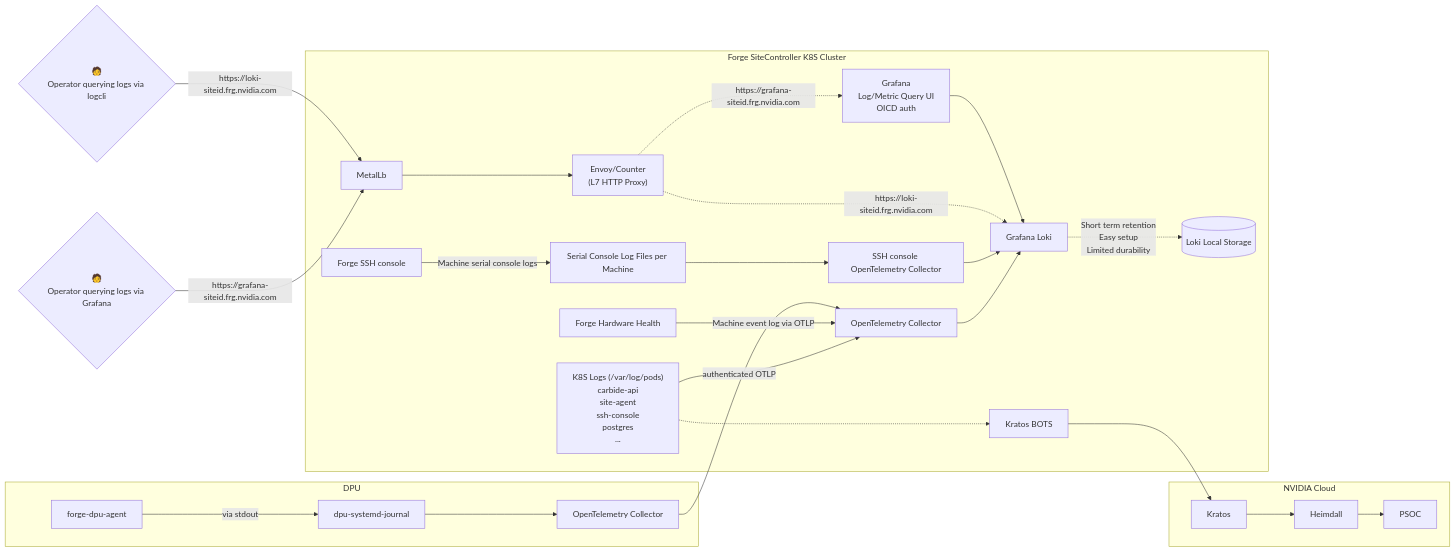
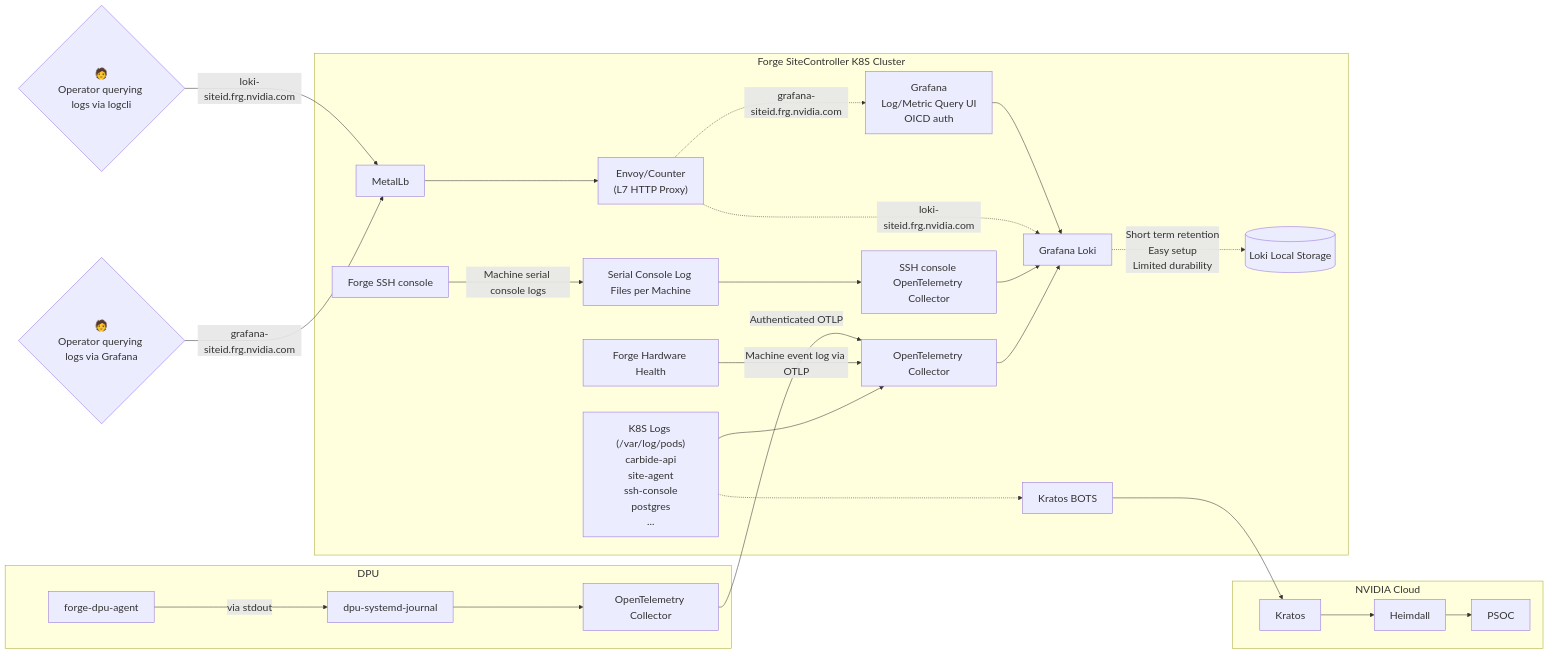
One commit to NVIDIA/bare-metal-manager-core changed the diagram in book/src/observability/site_logs.md. Above: the diagram before and after it, drawn with Mermaid. The commit also changed other lines of this file and 39 other files, not shown here.

````diff
--- a/book/src/observability/site_logs.md
+++ b/book/src/observability/site_logs.md
@@ -33,36 +33,36 @@
 ```mermaid
+%%{init: {'themeVariables': { 'fontSize': '20px' }}}%%
 flowchart LR
     subgraph NVIDIA Cloud
         Kratos --> Heimdall
         Heimdall --> PSOC
     end
 
     subgraph Forge SiteController K8S Cluster
-        K["K8S Logs (/var/log/pods)\ncarbide-api\nsite-agent\nssh-console\npostgres\n..."] --> OTELC["OpenTelemetry Collector"]
+        K["K8S Logs (/var/log/pods)<br>carbide-api<br>site-agent<br>ssh-console<br>postgres<br>..."] --> OTELC["OpenTelemetry Collector"]
         OTELC --> Loki["Grafana Loki"]
         SSHC["Forge SSH console"] -- Machine serial console logs --> SSHLF["Serial Console Log Files per Machine"]
         SSHLF --> SSHCOTELC["SSH console OpenTelemetry Collector"]
         SSHCOTELC --> Loki
         HHH["Forge Hardware Health"] -- Machine event log via OTLP --> OTELC
 
-        Loki -. Short term retention\nEasy setup\nLimited durability .-> LokiLs[(Loki Local Storage)]
+        Loki -. Short term retention<br>Easy setup<br>Limited durability .-> LokiLs[(Loki Local Storage)]
 
-        MetalLb --> SiteEnvoy["Envoy/Counter\n(L7 HTTP Proxy)"]
-        SiteEnvoy -. "https://grafana-siteid.frg.nvidia.com" .-> SiteGrafana[Grafana\nLog/Metric Query UI\nOICD auth]
-        SiteEnvoy -. "https://loki-siteid.frg.nvidia.com" .-> Loki
+        MetalLb --> SiteEnvoy["Envoy/Counter<br>(L7 HTTP Proxy)"]
+        SiteEnvoy -. "grafana-siteid.frg.nvidia.com" .-> SiteGrafana[Grafana<br>Log/Metric Query UI<br>OICD auth]
+        SiteEnvoy -. "loki-siteid.frg.nvidia.com" .-> Loki
         SiteGrafana --> Loki
 
         K -..-> KBOTS["Kratos BOTS"]
         KBOTS --> Kratos
     end
 
     subgraph DPU
         DPUAGENT["forge-dpu-agent"] -- via stdout --> dpu-systemd-journal
         dpu-systemd-journal --> DPUOTELC["OpenTelemetry Collector"]
-        DPUOTELC -- authenticated OTLP --> OTELC
-    end    
+        DPUOTELC -- Authenticated OTLP --> OTELC
+    end
 
-    LV{"🧑\nOperator querying logs via Grafana"} -- https://grafana-siteid.frg.nvidia.com  --> MetalLb
-
-    LV2{"🧑\nOperator querying logs via logcli"} -- https://loki-siteid.frg.nvidia.com  --> MetalLb
+    LV{"🧑<br>Operator querying logs via Grafana"} -- "grafana-siteid.frg.nvidia.com" --> MetalLb
+    LV2{"🧑<br>Operator querying logs via logcli"} -- "loki-siteid.frg.nvidia.com" --> MetalLb
 ```
````
